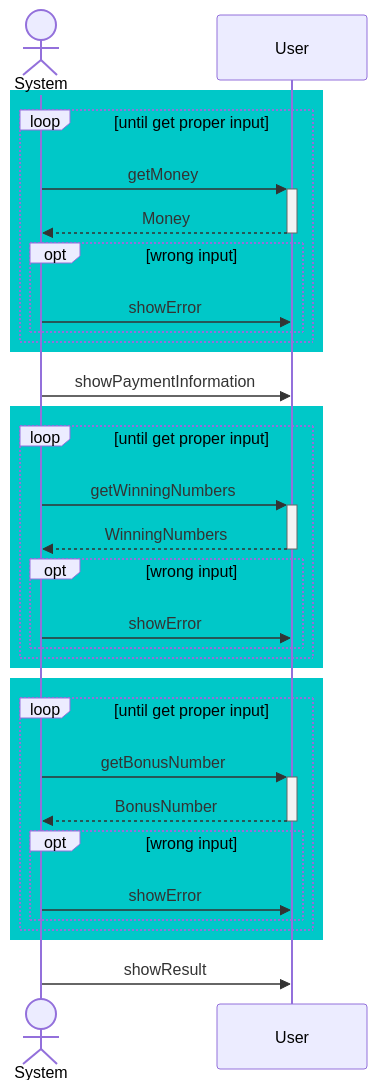
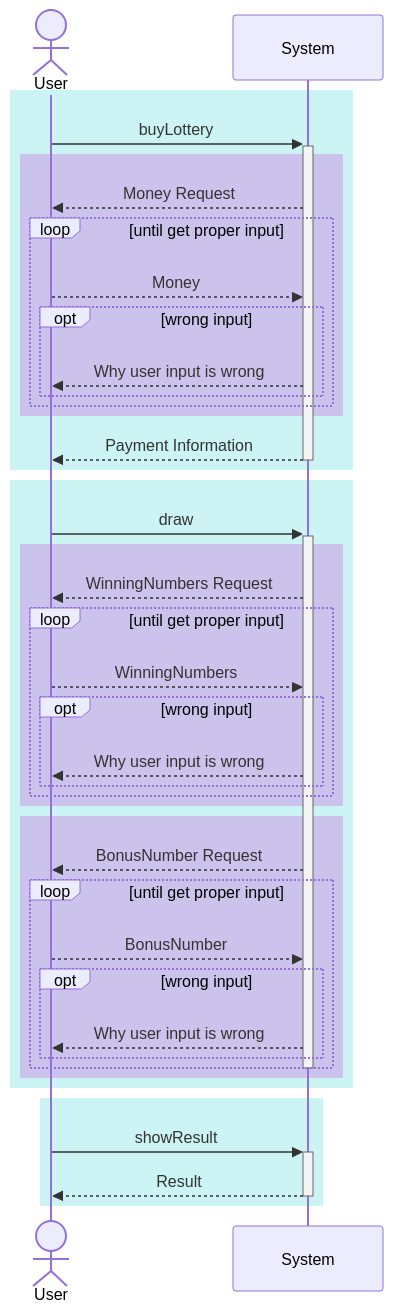
Before and after one commit to gdsc-konkuk/23-24_study_2nd_java-lotto-6: the first of 6 diagrams in docs/README.md, drawn with Mermaid. The commit also changed other lines of this file, not shown here.

Commit message:
docs: refine SSD

````diff
--- a/docs/README.md
+++ b/docs/README.md
@@ -5,42 +5,51 @@
 ```mermaid
 sequenceDiagram
-    actor System
-    participant User
-    
-    rect rgb(0, 200, 200)
-        loop until get proper input
-            System->>+User: getMoney
-            User-->>-System: Money
-            
-            opt wrong input
-                System->>User: showError
+    actor User
+    participant System
+
+    rect rgb(0, 200, 200, 0.2)
+        User ->>+ System: buyLottery
+
+        rect rgb(200, 0, 200, 0.2)
+            System -->> User: Money Request
+            loop until get proper input
+                User -->> System: Money
+                opt wrong input
+                    System -->> User: Why user input is wrong
+                end
             end
         end
+
+        System -->>- User: Payment Information
     end
-    
-    System->>User: showPaymentInformation
-    
-    rect rgb(0, 200, 200)
-        loop until get proper input
-            System->>+User: getWinningNumbers
-            User-->>-System: WinningNumbers
-            
-            opt wrong input
-                System->>User: showError
+
+    rect rgb(0, 200, 200, 0.2)
+        User ->>+ System: draw
+
+        rect rgb(200, 0, 200, 0.2)
+            System -->> User: WinningNumbers Request
+            loop until get proper input
+                User -->> System: WinningNumbers
+                opt wrong input
+                    System -->> User: Why user input is wrong
+                end
             end
         end
-    end
-    
-    rect rgb(0, 200, 200)
-        loop until get proper input
-            System->>+User: getBonusNumber
-            User-->>-System: BonusNumber
-            
-            opt wrong input
-                System->>User: showError
+
+        rect rgb(200, 0, 200, 0.2)
+            System -->> User: BonusNumber Request
+            loop until get proper input
+                User -->> System: BonusNumber
+                opt wrong input
+                    System -->> User: Why user input is wrong
+                end
             end
+            deactivate System
         end
     end
-    
-    System->>User: showResult
+
+    rect rgb(0, 200, 200, 0.2)
+        User ->>+ System: showResult
+        System -->>- User: Result
+    end
 ```
````
